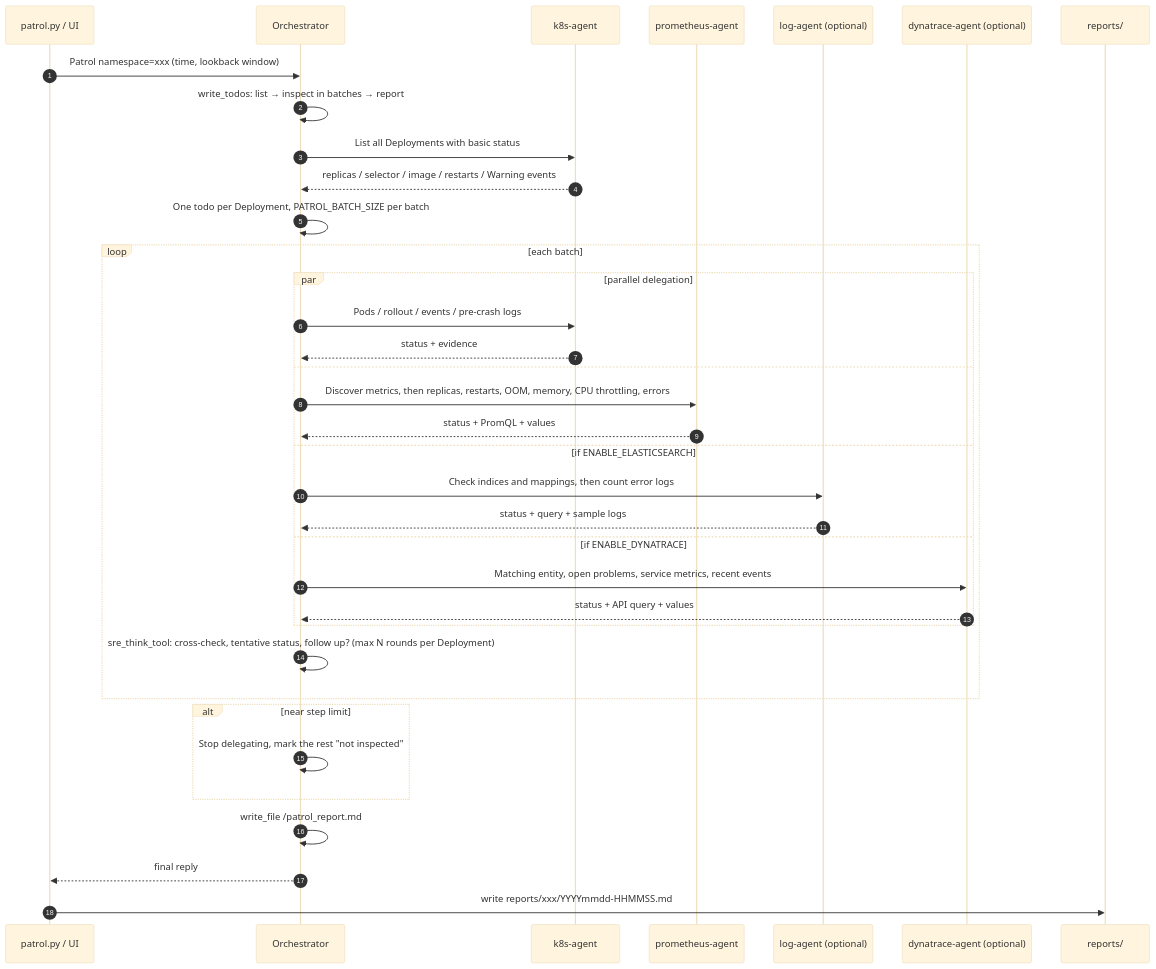
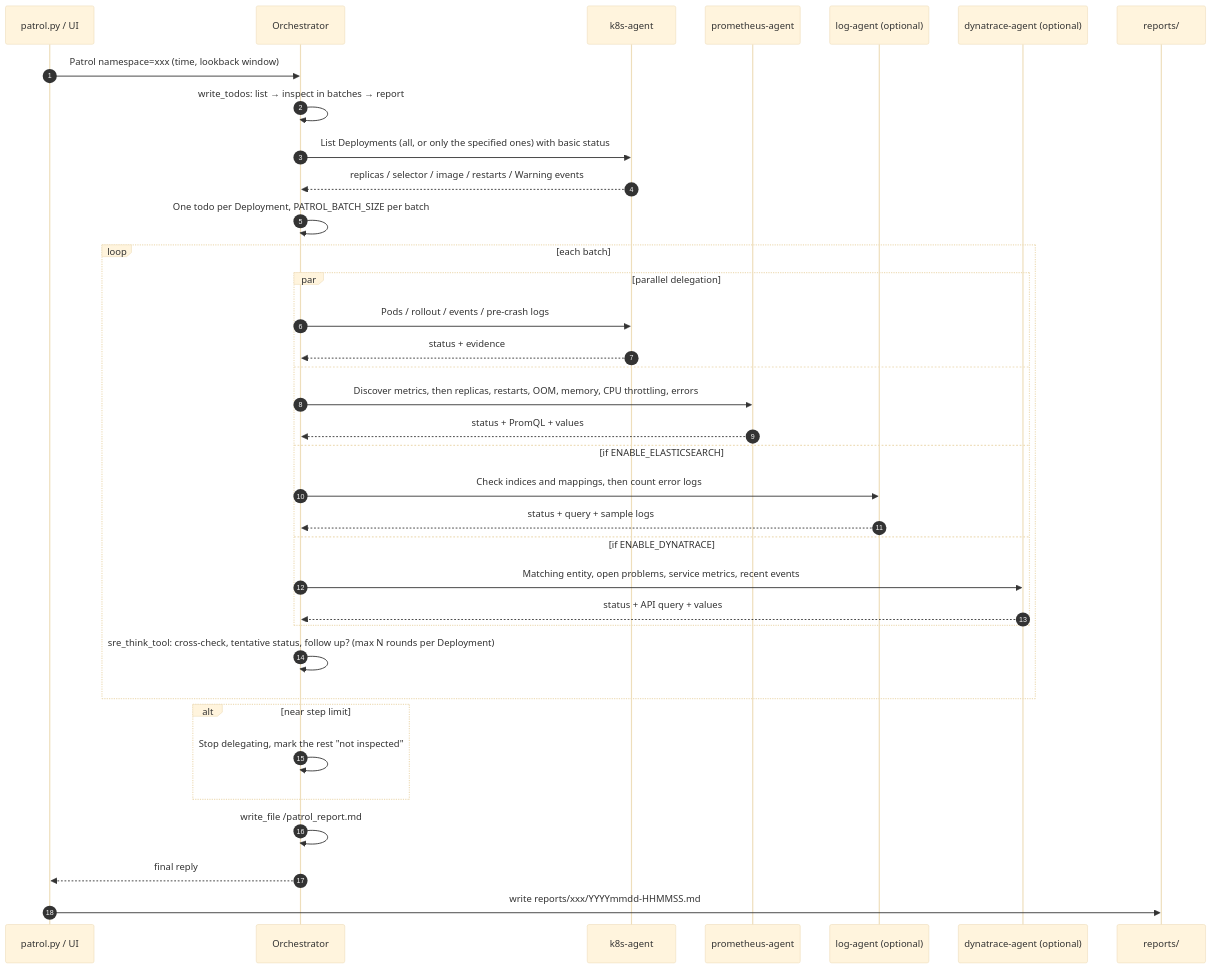
The second of 2 diagrams in README_EN.md (aitravislu1109/patrol-agent), drawn with Mermaid (base theme) before and after one commit. The commit also changed other lines of this file and 5 other files, not shown here.

````diff
--- a/README_EN.md
+++ b/README_EN.md
@@ -87,42 +87,42 @@
 ```mermaid
 sequenceDiagram
     autonumber
     participant T as patrol.py / UI
     participant M as Orchestrator
     participant K as k8s-agent
     participant P as prometheus-agent
     participant L as log-agent (optional)
     participant D as dynatrace-agent (optional)
     participant F as reports/
 
     T->>M: Patrol namespace=xxx (time, lookback window)
     M->>M: write_todos: list → inspect in batches → report
-    M->>K: List all Deployments with basic status
+    M->>K: List Deployments (all, or only the specified ones) with basic status
     K-->>M: replicas / selector / image / restarts / Warning events
     M->>M: One todo per Deployment, PATROL_BATCH_SIZE per batch
 
     loop each batch
         par parallel delegation
             M->>K: Pods / rollout / events / pre-crash logs
             K-->>M: status + evidence
         and
             M->>P: Discover metrics, then replicas, restarts, OOM, memory, CPU throttling, errors
             P-->>M: status + PromQL + values
         and if ENABLE_ELASTICSEARCH
             M->>L: Check indices and mappings, then count error logs
             L-->>M: status + query + sample logs
         and if ENABLE_DYNATRACE
             M->>D: Matching entity, open problems, service metrics, recent events
             D-->>M: status + API query + values
         end
         M->>M: sre_think_tool: cross-check, tentative status, follow up? (max N rounds per Deployment)
     end
 
     alt near step limit
         M->>M: Stop delegating, mark the rest "not inspected"
     end
 
     M->>M: write_file /patrol_report.md
     M-->>T: final reply
     T->>F: write reports/xxx/YYYYmmdd-HHMMSS.md
 ```
````
